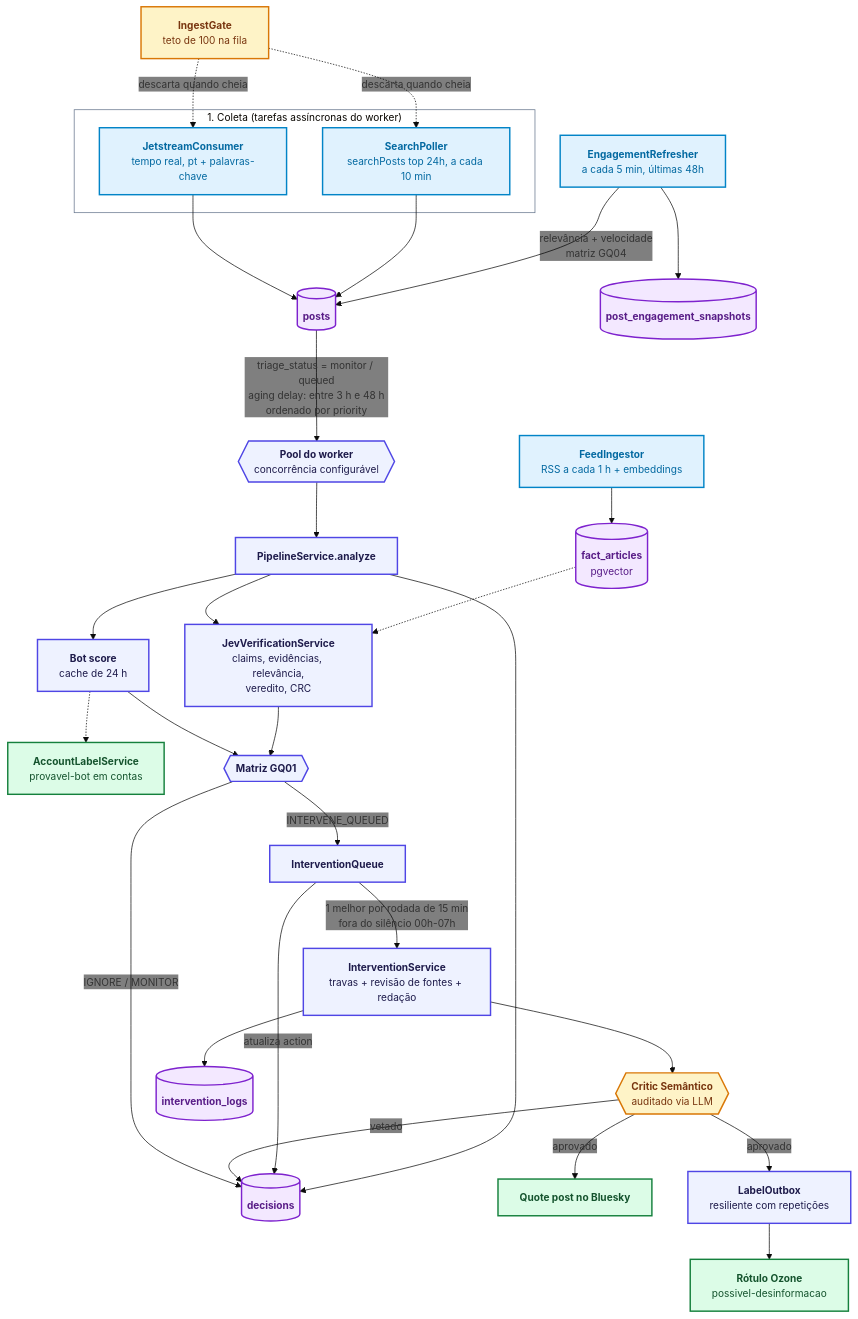
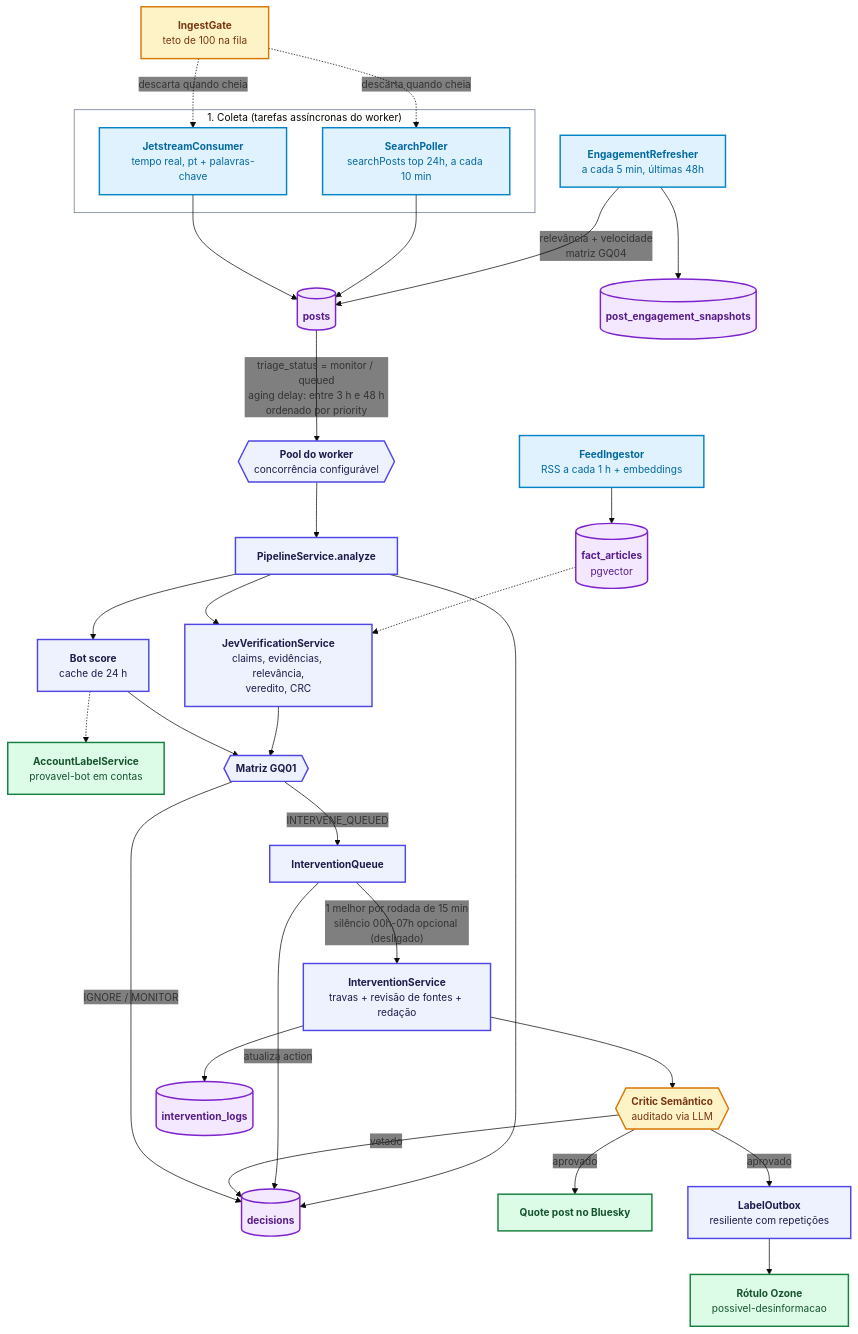
Before and after one commit to moonshinerd/ContrarIA: the second of 4 diagrams in docs/arquitetura/index.md, drawn with Mermaid. The commit also changed other lines of this file and 14 other files, not shown here.

````diff
--- a/docs/arquitetura/index.md
+++ b/docs/arquitetura/index.md
@@ -74,44 +74,44 @@
 ```mermaid
 %%{init: {'theme': 'base', 'themeVariables': { 'fontSize': '14px', 'fontFamily': 'inherit', 'clusterBkg': 'transparent', 'clusterBorder': '#64748B', 'edgeLabelBackground': 'transparent' }}}%%
 flowchart TD
     classDef ext fill:#F1F5F9,stroke:#64748B,stroke-width:2px,color:#0F172A
     classDef ingest fill:#E0F2FE,stroke:#0284C7,stroke-width:2px,color:#0369A1
     classDef core fill:#EEF2FF,stroke:#4F46E5,stroke-width:2px,color:#1E1B4B
     classDef store fill:#F3E8FF,stroke:#7E22CE,stroke-width:2px,color:#581C87
     classDef guard fill:#FEF3C7,stroke:#D97706,stroke-width:2px,color:#78350F
     classDef out fill:#DCFCE7,stroke:#15803D,stroke-width:2px,color:#14532D
 
     subgraph Coleta["1. Coleta (tarefas assíncronas do worker)"]
         J1["<span style='color:#0369A1'><b>JetstreamConsumer</b><br/>tempo real, pt + palavras-chave</span>"]:::ingest
         J2["<span style='color:#0369A1'><b>SearchPoller</b><br/>searchPosts top 24h, a cada 10 min</span>"]:::ingest
     end
     J1 --> POSTS[("<span style='color:#581C87'><b>posts</b></span>")]:::store
     J2 --> POSTS
 
     ER["<span style='color:#0369A1'><b>EngagementRefresher</b><br/>a cada 5 min, últimas 48h</span>"]:::ingest --> SNAP[("<span style='color:#581C87'><b>post_engagement_snapshots</b></span>")]:::store
     ER -- relevância + velocidade<br/>matriz GQ04 --> POSTS
 
     POSTS -- triage_status = monitor / queued<br/>aging delay: entre 3 h e 48 h<br/>ordenado por priority --> LOOP{{"<span style='color:#1E1B4B'><b>Pool do worker</b><br/>concorrência configurável</span>"}}:::core
     GATE["<span style='color:#78350F'><b>IngestGate</b><br/>teto de 100 na fila</span>"]:::guard -. descarta quando cheia .-> J1
     GATE -. descarta quando cheia .-> J2
     RSSJ["<span style='color:#0369A1'><b>FeedIngestor</b><br/>RSS a cada 1 h + embeddings</span>"]:::ingest --> FA[("<span style='color:#581C87'><b>fact_articles</b><br/>pgvector</span>")]:::store
 
     LOOP --> PIPE["<span style='color:#1E1B4B'><b>PipelineService.analyze</b></span>"]:::core
     PIPE --> BOT["<span style='color:#1E1B4B'><b>Bot score</b><br/>cache de 24 h</span>"]:::core
     BOT -.-> ACC["<span style='color:#14532D'><b>AccountLabelService</b><br/>provavel-bot em contas</span>"]:::out
     PIPE --> VER["<span style='color:#1E1B4B'><b>JevVerificationService</b><br/>claims, evidências, relevância,<br/>veredito, CRC</span>"]:::core
     FA -.-> VER
     BOT --> GQ01{{"<span style='color:#1E1B4B'><b>Matriz GQ01</b></span>"}}:::core
     VER --> GQ01
     GQ01 -- IGNORE / MONITOR --> LOG[("<span style='color:#581C87'><b>decisions</b></span>")]:::store
     GQ01 -- INTERVENE_QUEUED --> Q["<span style='color:#1E1B4B'><b>InterventionQueue</b></span>"]:::core
-    Q -- 1 melhor por rodada de 15 min<br/>fora do silêncio 00h-07h --> INT["<span style='color:#1E1B4B'><b>InterventionService</b><br/>travas + revisão de fontes + redação</span>"]:::core
+    Q -- 1 melhor por rodada de 15 min<br/>silêncio 00h-07h opcional (desligado) --> INT["<span style='color:#1E1B4B'><b>InterventionService</b><br/>travas + revisão de fontes + redação</span>"]:::core
     INT --> CRIT{{"<span style='color:#78350F'><b>Critic Semântico</b><br/>auditado via LLM</span>"}}:::guard
     CRIT -- vetado --> LOG
     CRIT -- aprovado --> QP["<span style='color:#14532D'><b>Quote post no Bluesky</b></span>"]:::out
     CRIT -- aprovado --> OB["<span style='color:#1E1B4B'><b>LabelOutbox</b><br/>resiliente com repetições</span>"]:::core
     OB --> LAB["<span style='color:#14532D'><b>Rótulo Ozone</b><br/>possivel-desinformacao</span>"]:::out
     INT --> IL[("<span style='color:#581C87'><b>intervention_logs</b></span>")]:::store
     Q -- atualiza action --> LOG
     PIPE --> LOG
 ```
````
